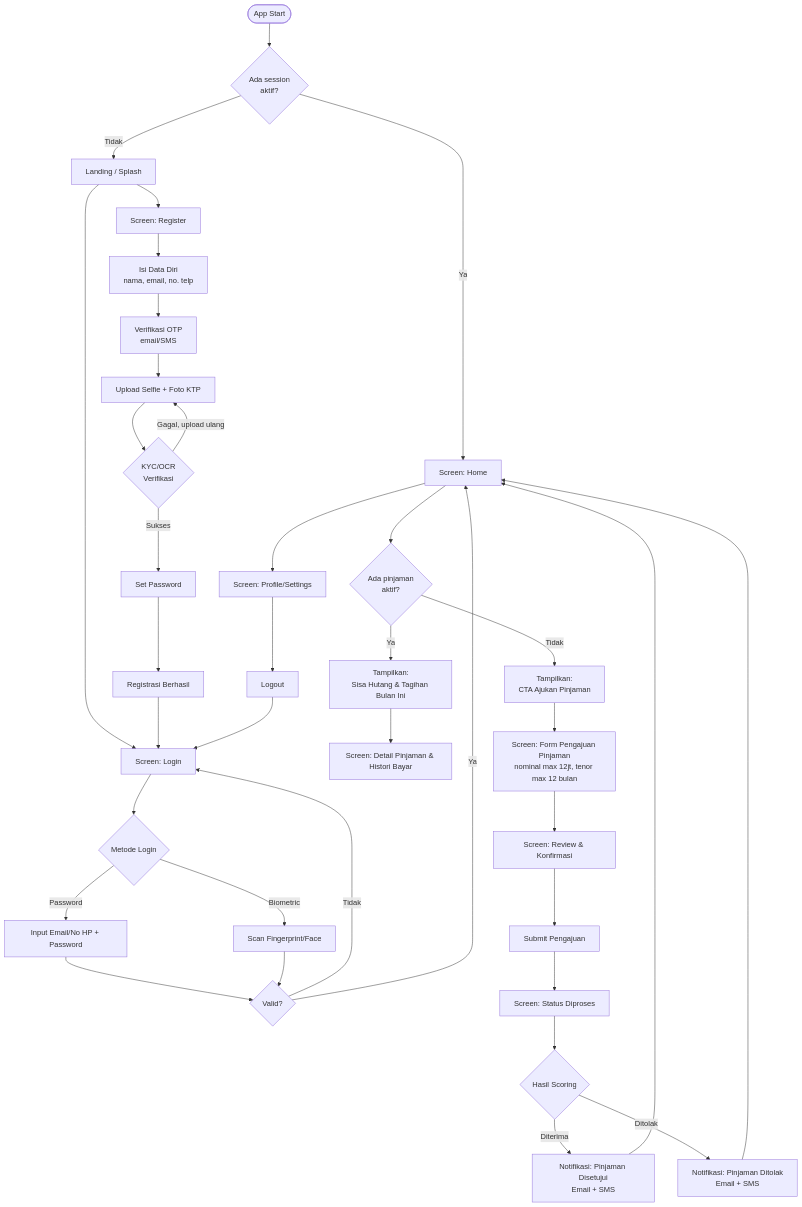
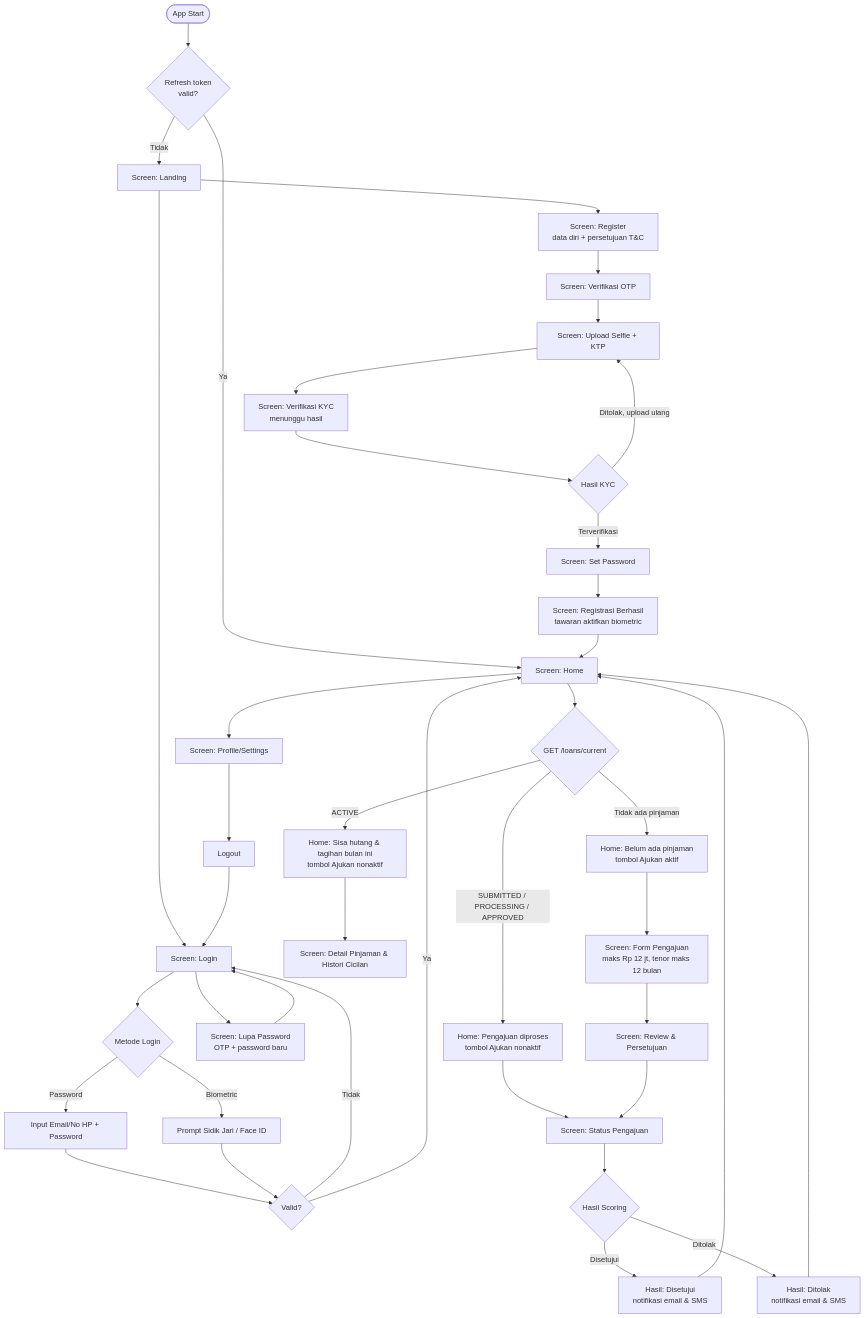
One commit to sendygit/assesment-solution-analyst changed the diagram in docs/02-screen-flow/screen-flow.md. Above: the diagram before and after it, drawn with Mermaid. The commit also changed other lines of this file, not shown here.

Commit message:
Align screen flow with loan blocking rule and registration order

````diff
--- a/docs/02-screen-flow/screen-flow.md
+++ b/docs/02-screen-flow/screen-flow.md
@@ -3,46 +3,49 @@
 ```mermaid
 flowchart TD
-    Start([App Start]) --> HasSession{Ada session<br/>aktif?}
+    Start([App Start]) --> HasSession{Refresh token<br/>valid?}
     HasSession -->|Ya| Home
-    HasSession -->|Tidak| Landing[Landing / Splash]
+    HasSession -->|Tidak| Landing[Screen: Landing]
 
     Landing --> Login[Screen: Login]
-    Landing --> Register[Screen: Register]
+    Landing --> Register[Screen: Register<br/>data diri + persetujuan T&C]
 
-    Register --> RegForm[Isi Data Diri<br/>nama, email, no. telp]
-    RegForm --> OTP[Verifikasi OTP<br/>email/SMS]
-    OTP --> UploadDoc[Upload Selfie + Foto KTP]
-    UploadDoc --> KYCCheck{KYC/OCR<br/>Verifikasi}
-    KYCCheck -->|Gagal, upload ulang| UploadDoc
-    KYCCheck -->|Sukses| SetPassword[Set Password]
-    SetPassword --> RegSuccess[Registrasi Berhasil]
-    RegSuccess --> Login
+    Register --> OTP[Screen: Verifikasi OTP]
+    OTP --> UploadDoc[Screen: Upload Selfie + KTP]
+    UploadDoc --> Verifying[Screen: Verifikasi KYC<br/>menunggu hasil]
+    Verifying --> KYCCheck{Hasil KYC}
+    KYCCheck -->|Ditolak, upload ulang| UploadDoc
+    KYCCheck -->|Terverifikasi| SetPassword[Screen: Set Password]
+    SetPassword --> RegSuccess[Screen: Registrasi Berhasil<br/>tawaran aktifkan biometric]
+    RegSuccess --> Home
 
     Login --> LoginMethod{Metode Login}
     LoginMethod -->|Password| LoginPwd[Input Email/No HP + Password]
-    LoginMethod -->|Biometric| LoginBio[Scan Fingerprint/Face]
+    LoginMethod -->|Biometric| LoginBio[Prompt Sidik Jari / Face ID]
     LoginPwd --> AuthCheck{Valid?}
     LoginBio --> AuthCheck
     AuthCheck -->|Tidak| Login
     AuthCheck -->|Ya| Home[Screen: Home]
+    Login --> Forgot[Screen: Lupa Password<br/>OTP + password baru]
+    Forgot --> Login
 
-    Home --> LoanStatusCheck{Ada pinjaman<br/>aktif?}
-    LoanStatusCheck -->|Ya| HomeActive[Tampilkan:<br/>Sisa Hutang & Tagihan Bulan Ini]
-    LoanStatusCheck -->|Tidak| HomeEmpty[Tampilkan:<br/>CTA Ajukan Pinjaman]
+    Home --> LoanStatus{GET /loans/current}
+    LoanStatus -->|Tidak ada pinjaman| HomeEmpty[Home: Belum ada pinjaman<br/>tombol Ajukan aktif]
+    LoanStatus -->|SUBMITTED / PROCESSING / APPROVED| HomeProcessing[Home: Pengajuan diproses<br/>tombol Ajukan nonaktif]
+    LoanStatus -->|ACTIVE| HomeActive[Home: Sisa hutang & tagihan bulan ini<br/>tombol Ajukan nonaktif]
 
-    HomeActive --> Detail[Screen: Detail Pinjaman & Histori Bayar]
+    HomeActive --> Detail[Screen: Detail Pinjaman & Histori Cicilan]
+    HomeProcessing --> Processing
 
-    HomeEmpty --> LoanForm[Screen: Form Pengajuan Pinjaman<br/>nominal max 12jt, tenor max 12 bulan]
-    LoanForm --> LoanReview[Screen: Review & Konfirmasi]
-    LoanReview --> Submit[Submit Pengajuan]
-    Submit --> Processing[Screen: Status Diproses]
+    HomeEmpty --> LoanForm[Screen: Form Pengajuan<br/>maks Rp 12 jt, tenor maks 12 bulan]
+    LoanForm --> LoanReview[Screen: Review & Persetujuan]
+    LoanReview --> Processing[Screen: Status Pengajuan]
     Processing --> Decision{Hasil Scoring}
-    Decision -->|Diterima| Approved[Notifikasi: Pinjaman Disetujui<br/>Email + SMS]
-    Decision -->|Ditolak| Rejected[Notifikasi: Pinjaman Ditolak<br/>Email + SMS]
+    Decision -->|Disetujui| Approved[Hasil: Disetujui<br/>notifikasi email & SMS]
+    Decision -->|Ditolak| Rejected[Hasil: Ditolak<br/>notifikasi email & SMS]
     Approved --> Home
     Rejected --> Home
 
     Home --> Profile[Screen: Profile/Settings]
     Profile --> Logout[Logout]
     Logout --> Login
 ```
````
